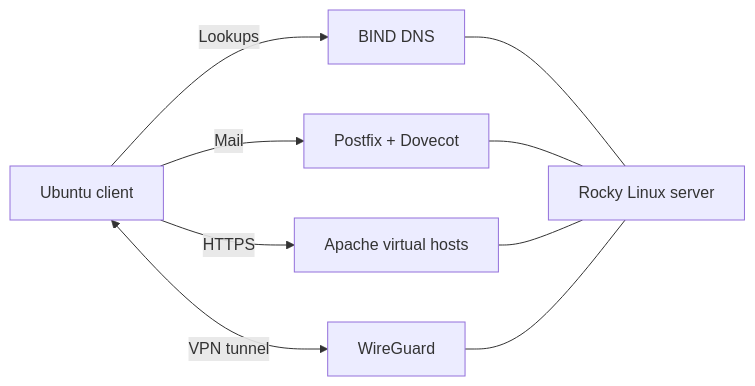
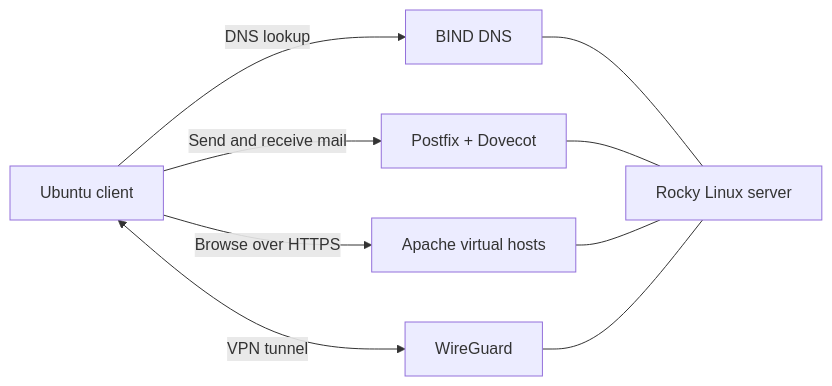
Before and after one commit to 46n/linux-network-services-project: the diagram in README.md, drawn with Mermaid. The commit also changed other lines of this file, not shown here.

````diff
--- a/README.md
+++ b/README.md
@@ -12,8 +18,8 @@
 ```mermaid
 flowchart LR
-    Client[Ubuntu client] -->|Lookups| DNS[BIND DNS]
-    Client -->|Mail| Mail[Postfix + Dovecot]
-    Client -->|HTTPS| Web[Apache virtual hosts]
+    Client[Ubuntu client] -->|DNS lookup| DNS[BIND DNS]
+    Client -->|Send and receive mail| Mail[Postfix + Dovecot]
+    Client -->|Browse over HTTPS| Web[Apache virtual hosts]
     Client <-->|VPN tunnel| VPN[WireGuard]
     DNS & Mail & Web & VPN --- Server[Rocky Linux server]
 ```
````
